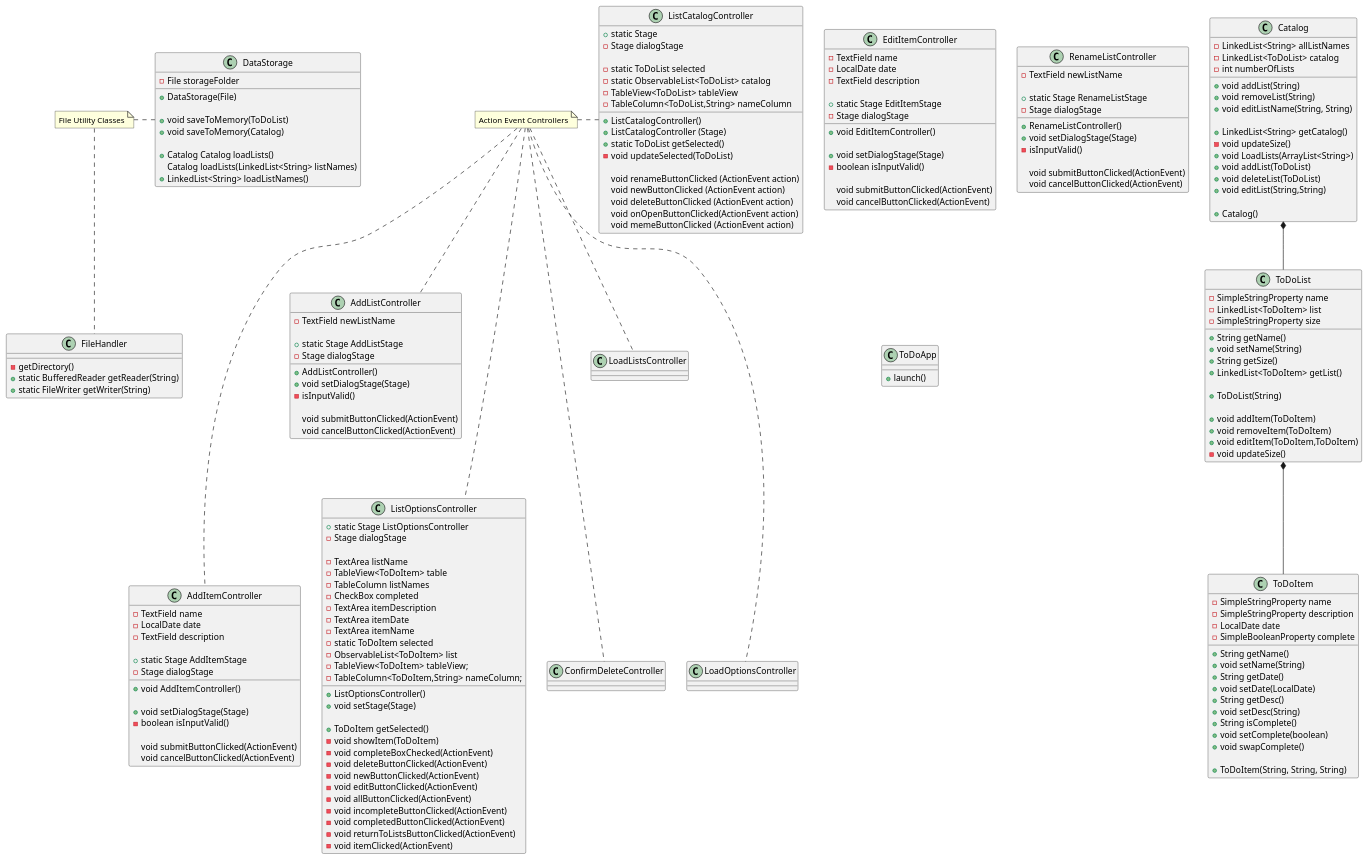
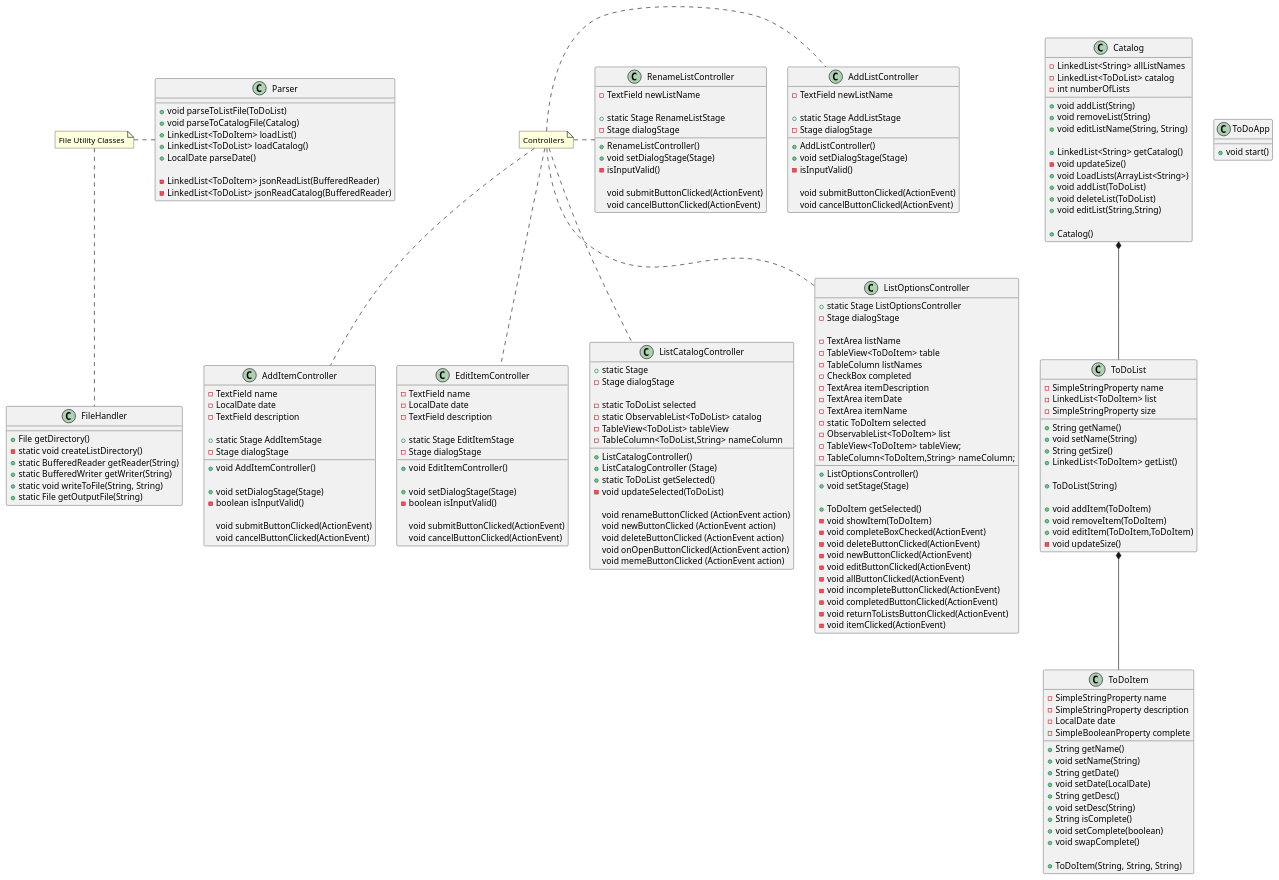
The diagram in uml/ClassDiagram.puml (G00SE-Y/woollet-cop3330-assignment4part2), drawn with PlantUML before and after one commit.

Commit message:
updated puml

```diff
--- a/uml/ClassDiagram.puml
+++ b/uml/ClassDiagram.puml
@@ -173,42 +173,42 @@
 }
 
 class ToDoApp {
-+launch()
++void start()
 }
 
-class DataStorage {
--File storageFolder
+class Parser {
++void parseToListFile(ToDoList)
++void parseToCatalogFile(Catalog)
++LinkedList<ToDoItem> loadList()
++LinkedList<ToDoList> loadCatalog()
++LocalDate parseDate()
 
-+DataStorage(File)
-
-+void saveToMemory(ToDoList)
-+void saveToMemory(Catalog)
-
-+Catalog Catalog loadLists()
-Catalog loadLists(LinkedList<String> listNames)
-+LinkedList<String> loadListNames()
+-LinkedList<ToDoItem> jsonReadList(BufferedReader)
+-LinkedList<ToDoList> jsonReadCatalog(BufferedReader)
 }
 
 class FileHandler {
--getDirectory()
++File getDirectory()
+-static void createListDirectory()
 +static BufferedReader getReader(String)
-+static FileWriter getWriter(String)
++static BufferedWriter getWriter(String)
++static void writeToFile(String, String)
++static File getOutputFile(String)
 }
 
 Catalog *-- ToDoList
 ToDoList *-- ToDoItem
 
 note "File Utility Classes" as n1
-n1 . DataStorage
+n1 . Parser
 n1 .. FileHandler
 
-note "Action Event Controllers" as n2
-n2 .-. AddItemController
-n2 .. AddListController
-n2 .-. ConfirmDeleteController
-n2 . ListCatalogController
-n2 .-. ListOptionsController
-n2 .. LoadListsController
-n2 .-. LoadOptionsController
+note "Controllers" as n2
+n2 .- AddItemController
+n2 . AddListController
+n2 .. EditItemController
+n2 . RenameListController
+n2 .. ListCatalogController
+n2 .. ListOptionsController
 
 @enduml
```
